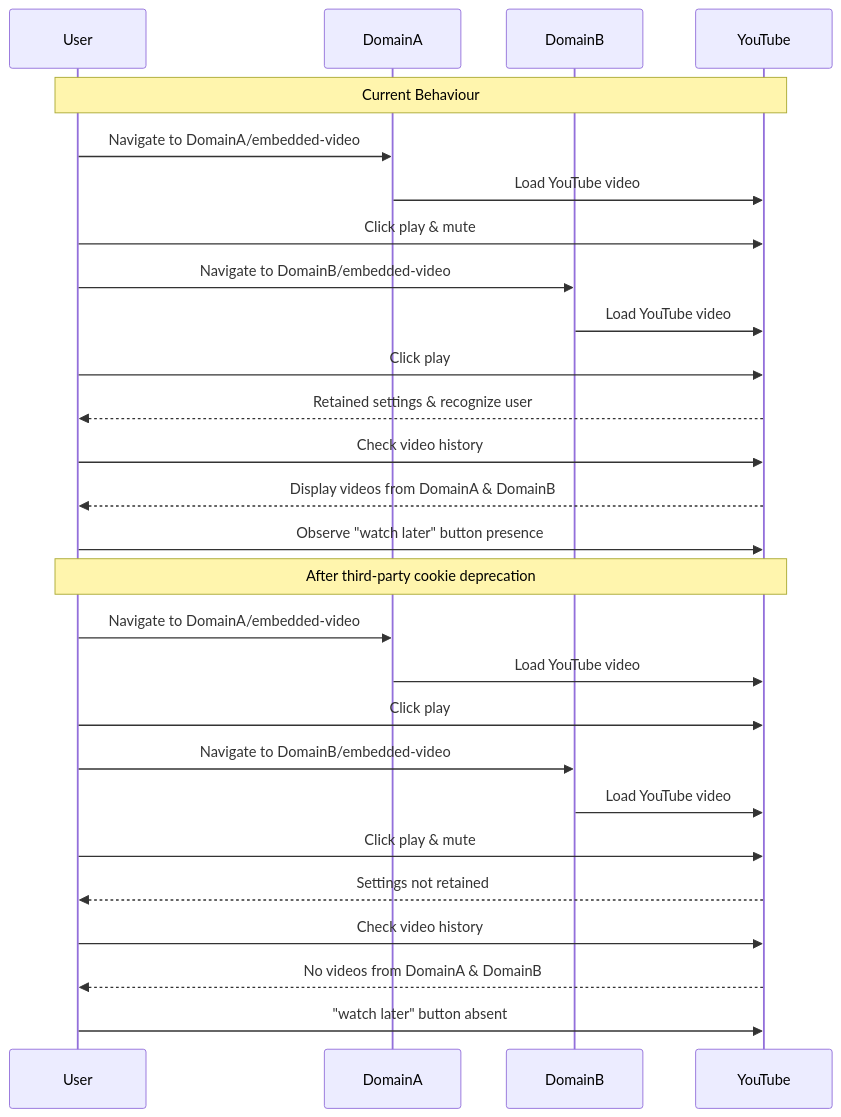
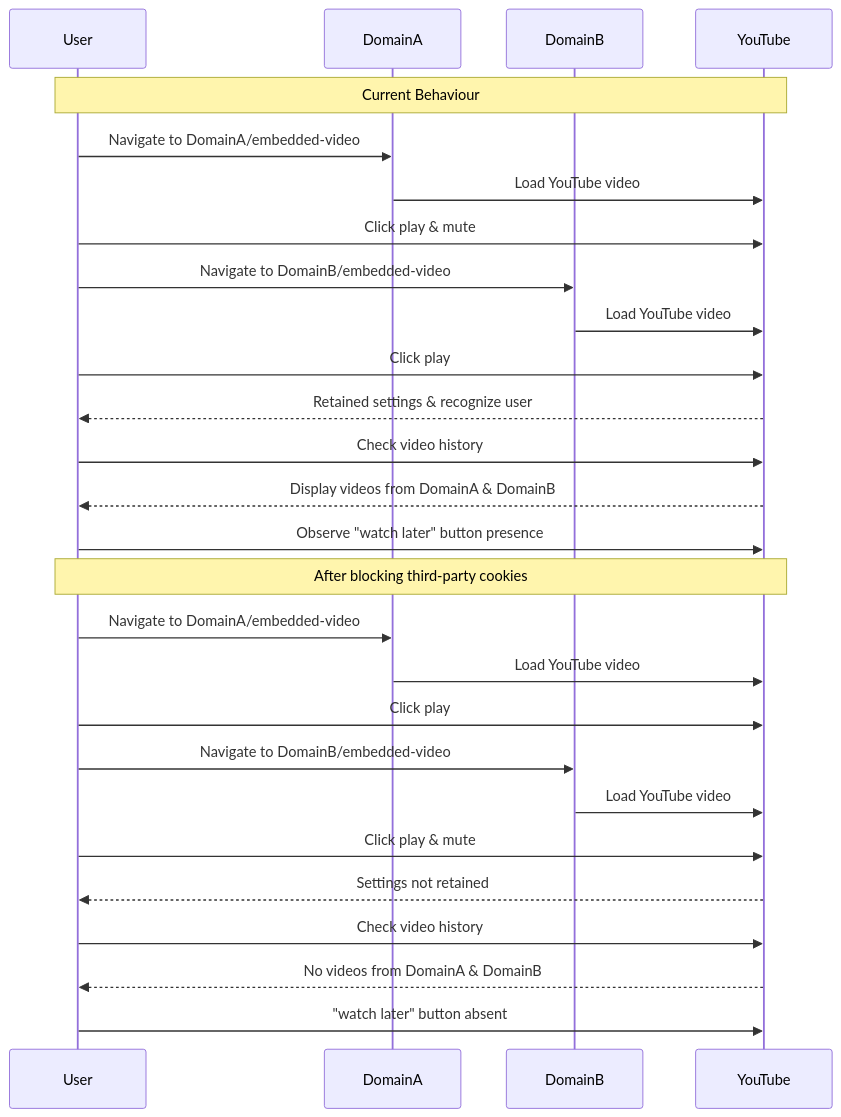
Before and after one commit to rtCamp/psat-demos: the third of 4 diagrams in README.md, drawn with Mermaid. The commit also changed other lines of this file, not shown here.

````diff
--- a/README.md
+++ b/README.md
@@ -182,39 +179,39 @@
 ```mermaid
 sequenceDiagram
     participant User
     participant DomainA
     participant DomainB
     participant YouTube
 
     Note over User,YouTube: Current Behaviour
 
     User->>DomainA: Navigate to DomainA/embedded-video
     DomainA->>YouTube: Load YouTube video
     User->>YouTube: Click play & mute
 
     User->>DomainB: Navigate to DomainB/embedded-video
     DomainB->>YouTube: Load YouTube video
     User->>YouTube: Click play
     YouTube-->>User: Retained settings & recognize user
 
     User->>YouTube: Check video history
     YouTube-->>User: Display videos from DomainA & DomainB
 
     User->>YouTube: Observe "watch later" button presence
 
-    Note over User,YouTube: After third-party cookie deprecation
+    Note over User,YouTube: After blocking third-party cookies
 
     User->>DomainA: Navigate to DomainA/embedded-video
     DomainA->>YouTube: Load YouTube video
     User->>YouTube: Click play
 
     User->>DomainB: Navigate to DomainB/embedded-video
     DomainB->>YouTube: Load YouTube video
     User->>YouTube: Click play & mute
     YouTube-->>User: Settings not retained
 
     User->>YouTube: Check video history
     YouTube-->>User: No videos from DomainA & DomainB
 
     User->>YouTube: "watch later" button absent
 ```
````
